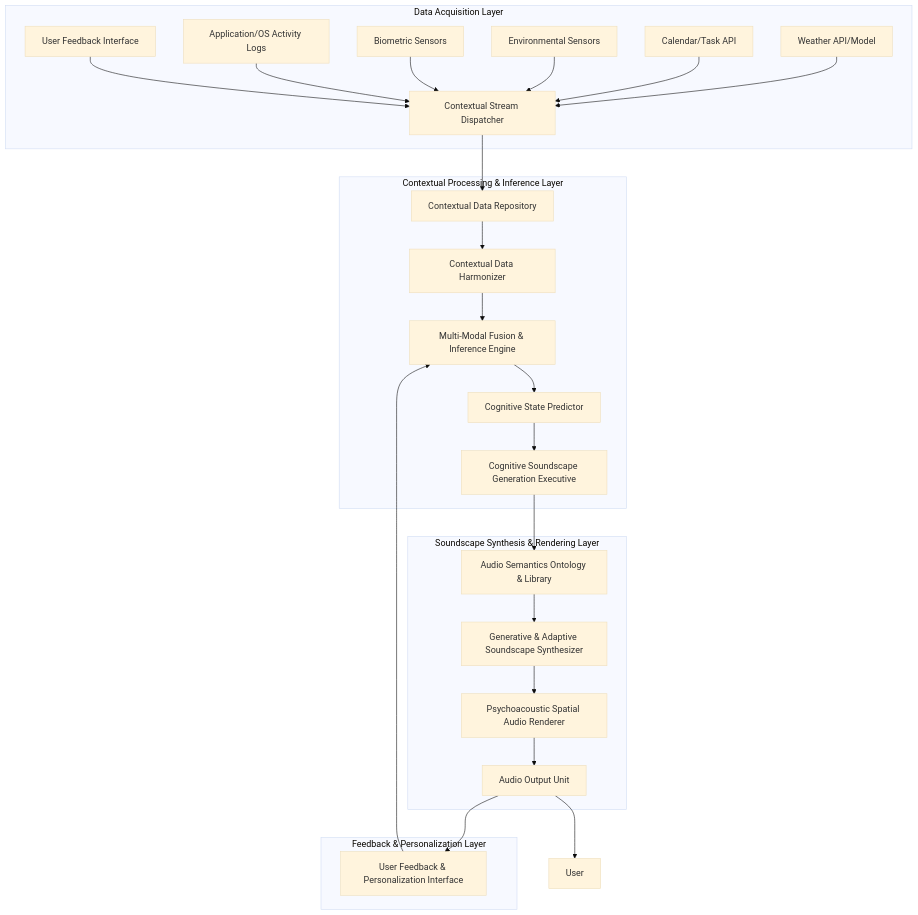
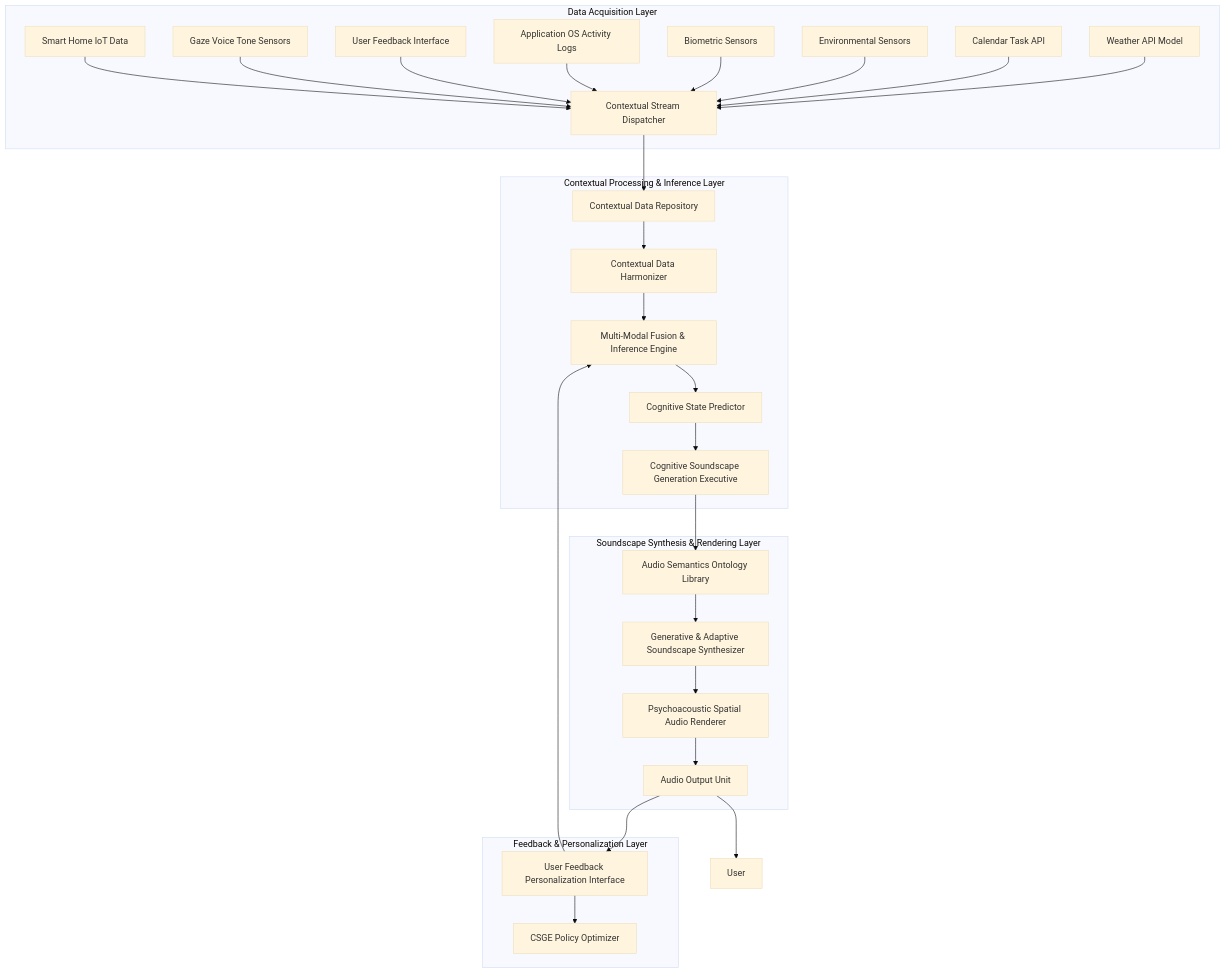
One commit to diplomat-bit/Citibank_Demo_Business_Inc_Demonstration- changed the first of 2 diagrams in inventions/020_dynamic_audio_soundscape.md. Above: the diagram before and after it, drawn with Mermaid (base theme). The commit also changed other lines of this file, not shown here.

Commit message:
[AI] Edit: inventions/020_dynamic_audio_soundscape.md

````diff
--- a/inventions/020_dynamic_audio_soundscape.md
+++ b/inventions/020_dynamic_audio_soundscape.md
@@ -19,33 +19,36 @@
 ```mermaid
 graph TD
     subgraph Data Acquisition Layer
-        A[Weather API/Model] --> CSD[Contextual Stream Dispatcher]
-        B[Calendar/Task API] --> CSD
+        A[Weather API Model] --> CSD[Contextual Stream Dispatcher]
+        B[Calendar Task API] --> CSD
         C[Environmental Sensors] --> CSD
         D[Biometric Sensors] --> CSD
-        E[Application/OS Activity Logs] --> CSD
+        E[Application OS Activity Logs] --> CSD
         F[User Feedback Interface] --> CSD
+        G[Gaze Voice Tone Sensors] --> CSD
+        H[Smart Home IoT Data] --> CSD
     end
 
     subgraph Contextual Processing & Inference Layer
         CSD --> CDR[Contextual Data Repository]
         CDR --> CDH[Contextual Data Harmonizer]
         CDH --> MFIE[Multi-Modal Fusion & Inference Engine]
         MFIE --> CSP[Cognitive State Predictor]
         CSP --> CSGE[Cognitive Soundscape Generation Executive]
     end
 
     subgraph Soundscape Synthesis & Rendering Layer
-        CSGE --> ASOL[Audio Semantics Ontology & Library]
+        CSGE --> ASOL[Audio Semantics Ontology Library]
         ASOL --> GASS[Generative & Adaptive Soundscape Synthesizer]
         GASS --> PSAR[Psychoacoustic Spatial Audio Renderer]
         PSAR --> AUO[Audio Output Unit]
     end
 
     subgraph Feedback & Personalization Layer
-        AUO --> UFI[User Feedback & Personalization Interface]
+        AUO --> UFI[User Feedback Personalization Interface]
         UFI --> MFIE
+        UFI --> CSGE_PolicyOptimizer[CSGE Policy Optimizer]
     end
 
     AUO --> User[User]
 ```
````
